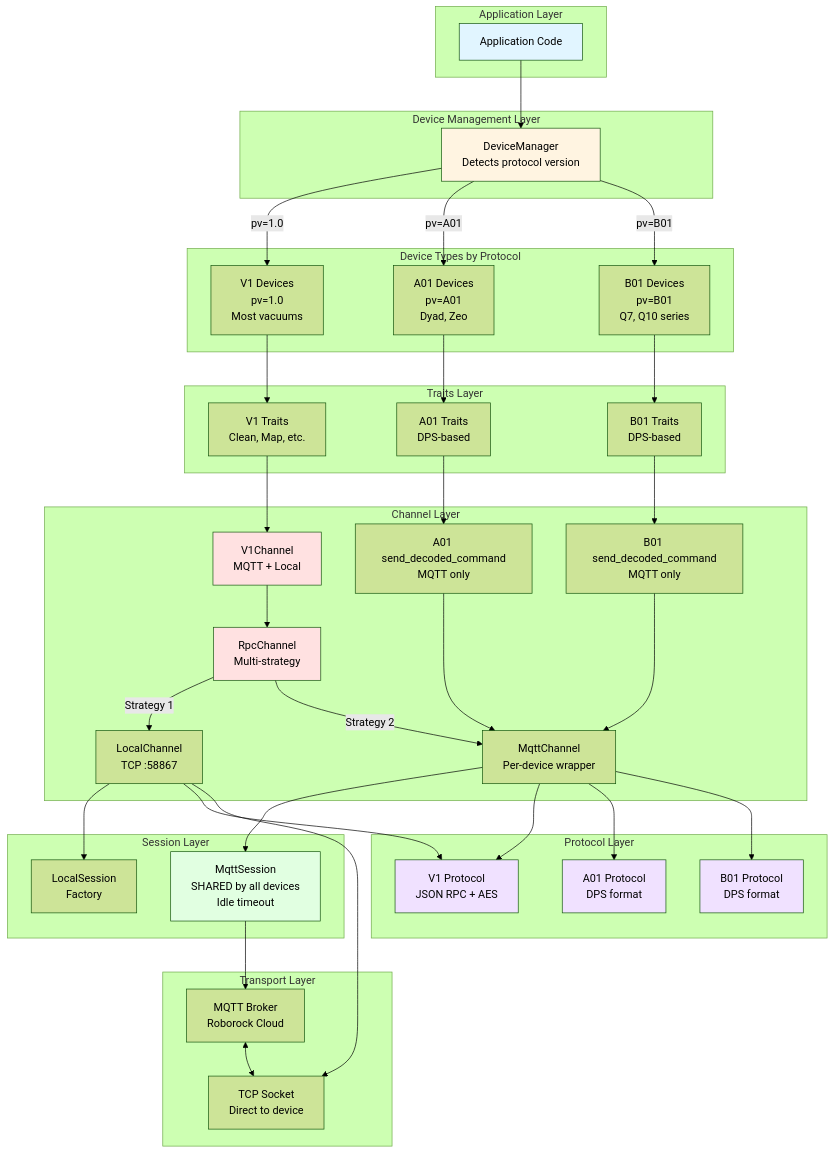
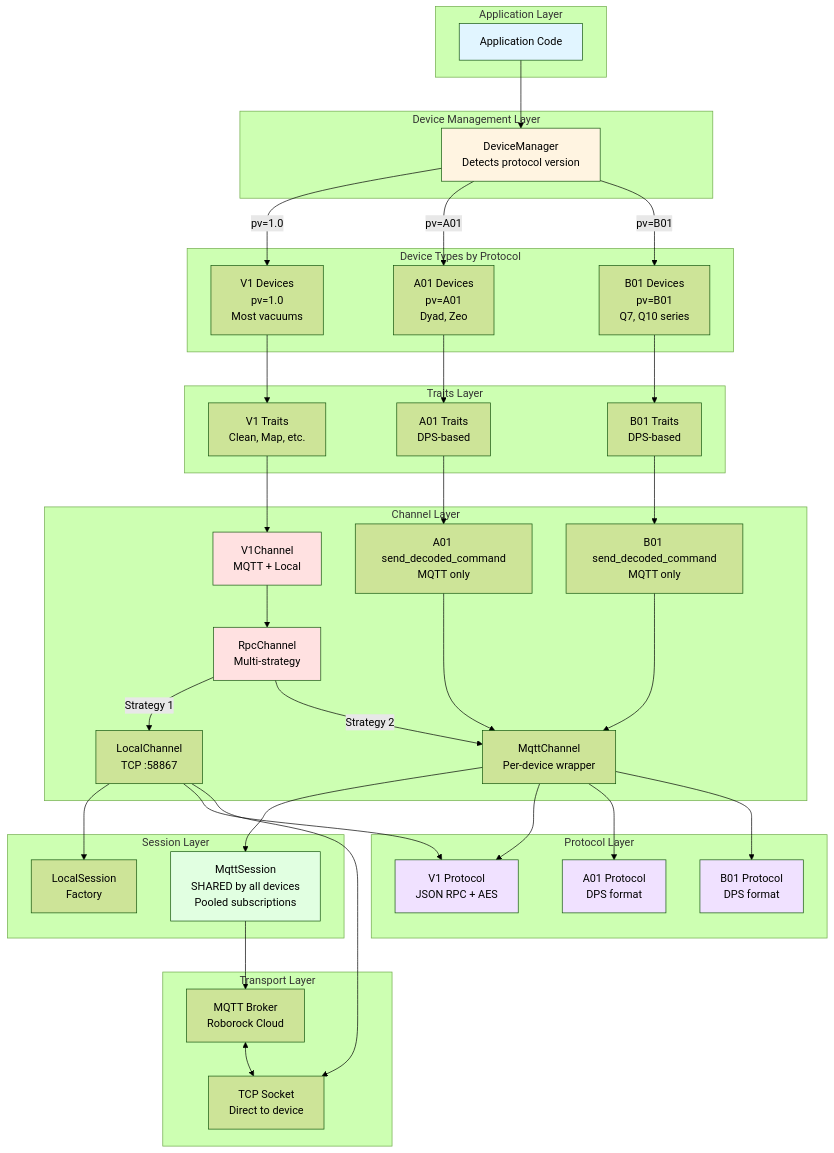
One commit to Python-roborock/python-roborock changed the first of 6 diagrams in docs/DEVICES.md. Above: the diagram before and after it, drawn with Mermaid (forest theme). The commit also changed other lines of this file and 20 other files, not shown here.

```diff
--- a/docs/DEVICES.md
+++ b/docs/DEVICES.md
@@ -70,7 +70,7 @@
     end
 
     subgraph "Session Layer"
-        MS[MqttSession<br/>SHARED by all devices<br/>Idle timeout]
+        MS[MqttSession<br/>SHARED by all devices<br/>Pooled subscriptions]
         LS[LocalSession<br/>Factory]
     end
 
```
